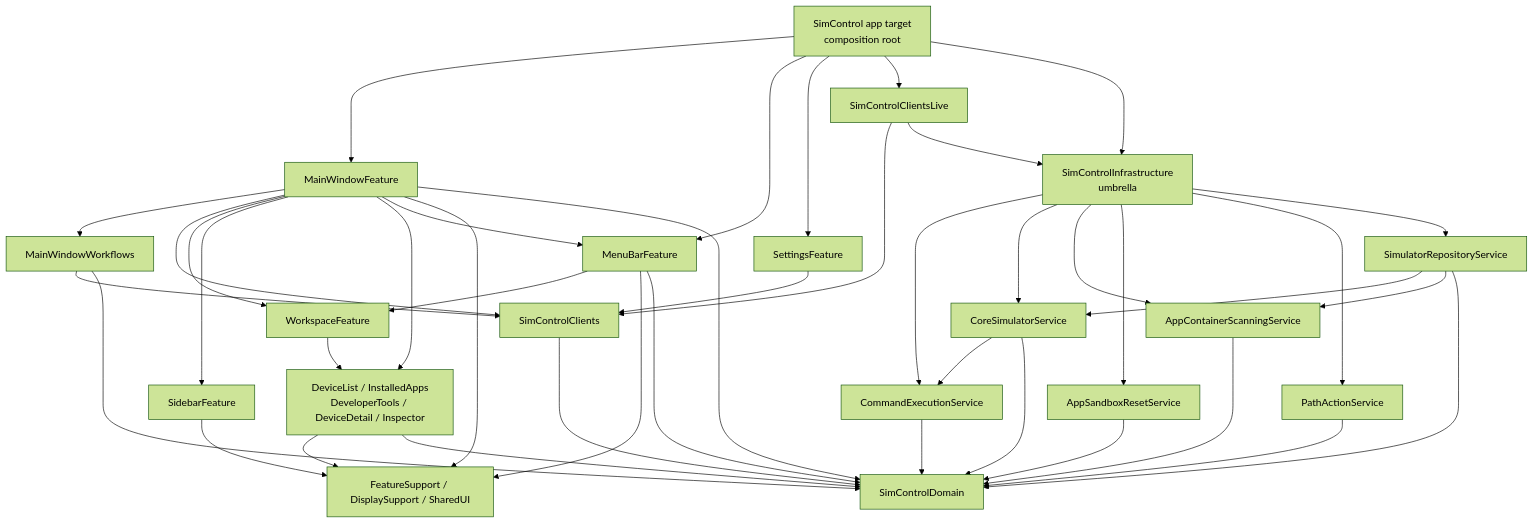
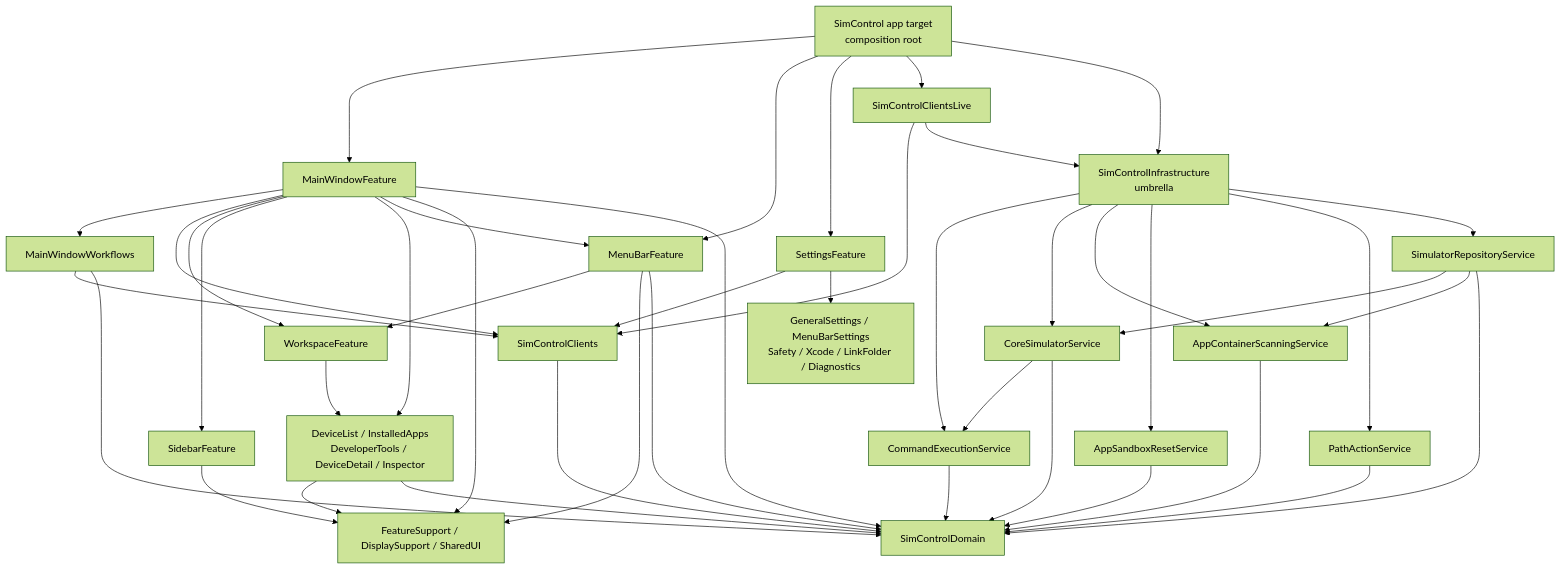
Before and after one commit to Jaesung-Jung/XcodeSimulatorManager: the diagram in docs/architecture/isowords-inspired-modularization.md, drawn with Mermaid (forest theme). The commit also changed other lines of this file and 28 other files, not shown here.

Commit message:
refactor: split settings feature modules

````diff
--- a/docs/architecture/isowords-inspired-modularization.md
+++ b/docs/architecture/isowords-inspired-modularization.md
@@ -69,51 +75,52 @@
 ```mermaid
 flowchart TB
   App["SimControl app target\ncomposition root"] --> MainWindowFeature
   App --> MenuBarFeature
   App --> SettingsFeature
   App --> ClientsLive["SimControlClientsLive"]
   App --> Infra["SimControlInfrastructure\numbrella"]
 
   MainWindowFeature --> Workflows["MainWindowWorkflows"]
   MainWindowFeature --> Clients["SimControlClients"]
   MainWindowFeature --> WorkspaceFeature
   MainWindowFeature --> SidebarFeature
   MainWindowFeature --> LeafFeatures["DeviceList / InstalledApps\nDeveloperTools / DeviceDetail / Inspector"]
   MainWindowFeature --> MenuBarFeature
   MainWindowFeature --> Support["FeatureSupport / DisplaySupport / SharedUI"]
   MainWindowFeature --> Domain["SimControlDomain"]
 
   MenuBarFeature --> WorkspaceFeature
   MenuBarFeature --> Support
   MenuBarFeature --> Domain
 
   SettingsFeature --> Clients
+  SettingsFeature --> SettingsLeafFeatures["GeneralSettings / MenuBarSettings\nSafety / Xcode / LinkFolder / Diagnostics"]
 
   WorkspaceFeature --> LeafFeatures
   SidebarFeature --> Support
   LeafFeatures --> Support
   LeafFeatures --> Domain
   Workflows --> Clients
   Workflows --> Domain
 
   ClientsLive --> Clients
   ClientsLive --> Infra
   Clients --> Domain
 
   Infra --> CommandExecutionService
   Infra --> CoreSimulatorService
   Infra --> AppContainerScanningService
   Infra --> AppSandboxResetService
   Infra --> PathActionService
   Infra --> SimulatorRepositoryService
 
   SimulatorRepositoryService --> CoreSimulatorService
   SimulatorRepositoryService --> AppContainerScanningService
   CoreSimulatorService --> CommandExecutionService
   CommandExecutionService --> Domain
   CoreSimulatorService --> Domain
   AppContainerScanningService --> Domain
   AppSandboxResetService --> Domain
   PathActionService --> Domain
   SimulatorRepositoryService --> Domain
 ```
````
